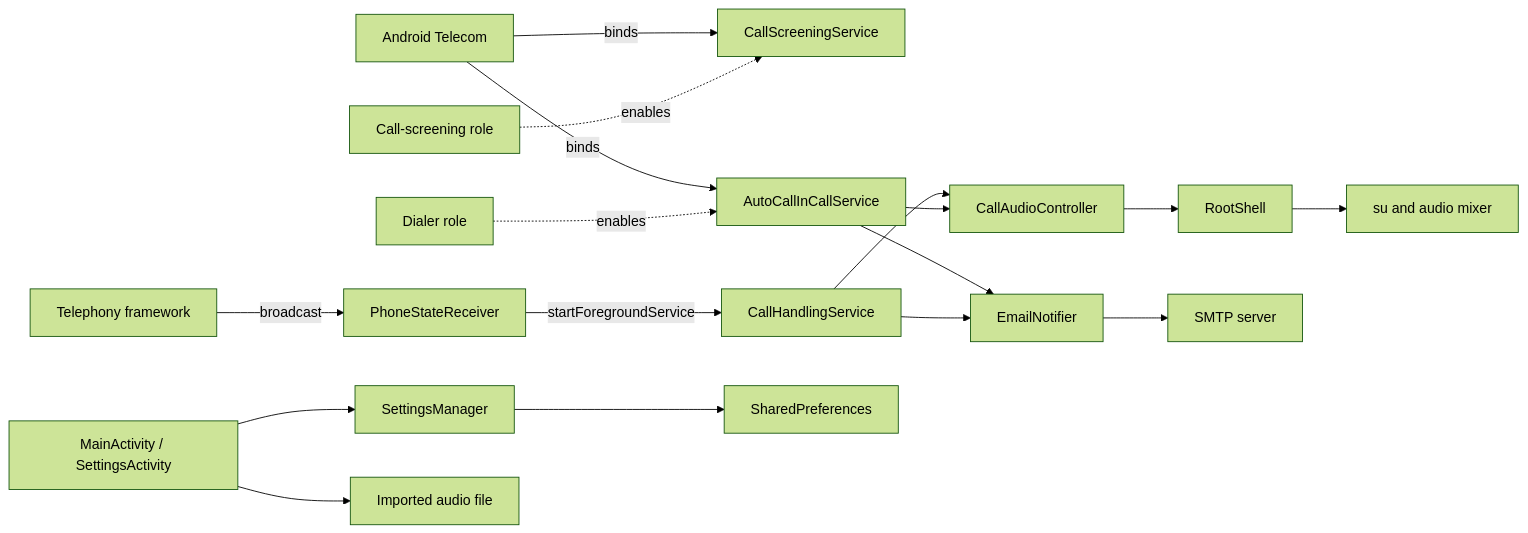
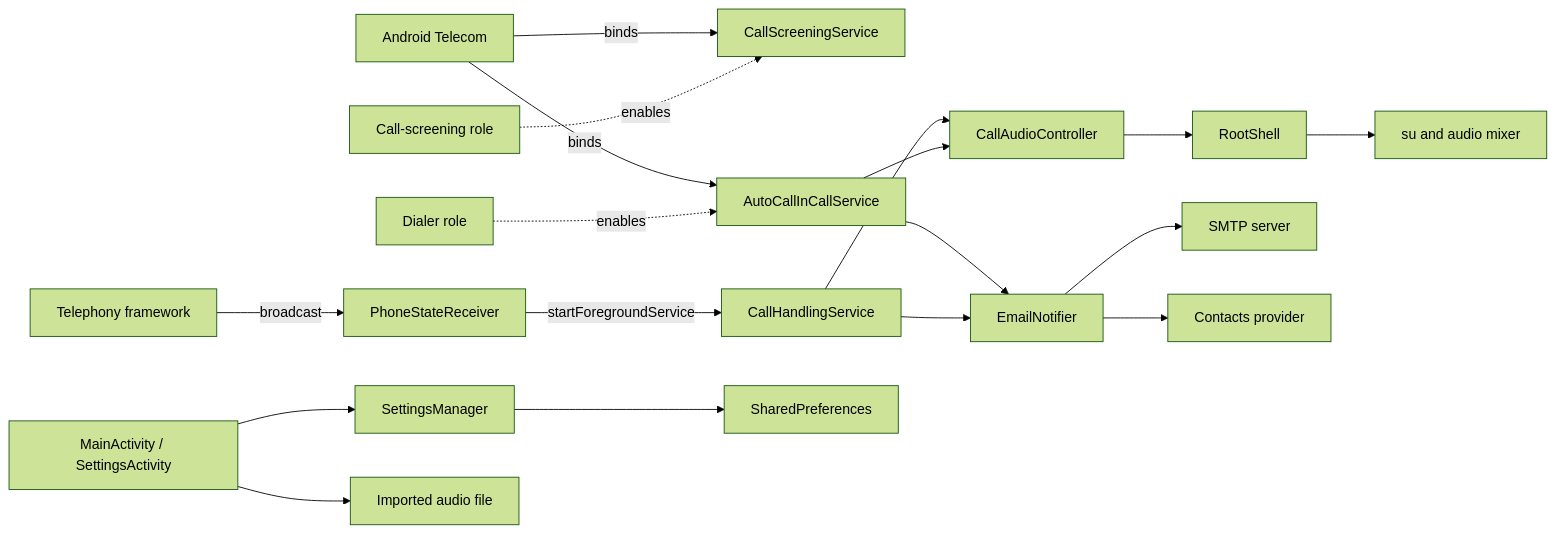
The diagram in docs/architecture.md (hmlendea/auto-call-responder), drawn with Mermaid (forest theme) before and after one commit. The commit also changed other lines of this file and 25 other files, not shown here.

````diff
--- a/docs/architecture.md
+++ b/docs/architecture.md
@@ -9,19 +9,20 @@
 ```mermaid
 flowchart LR
     Telecom["Android Telecom"] -->|binds| Screening["CallScreeningService"]
     Telecom -->|binds| InCall["AutoCallInCallService"]
     Telephony["Telephony framework"] -->|broadcast| Phone["PhoneStateReceiver"]
     Phone -->|startForegroundService| Handling["CallHandlingService"]
     Screen["Dialer role"] -.->|enables| InCall
     ScreeningRole["Call-screening role"] -.->|enables| Screening
     Handling --> Audio["CallAudioController"]
     InCall --> Audio
     InCall --> Mailer["EmailNotifier"]
     Handling --> Mailer
     Audio --> Root["RootShell"]
     Mailer --> SMTP["SMTP server"]
+    Mailer --> Contacts["Contacts provider"]
     Root --> Mixer["su and audio mixer"]
     UI["MainActivity / SettingsActivity"] --> Store["SettingsManager"]
     Store --> Prefs["SharedPreferences"]
     UI --> Files["Imported audio file"]
 ```
````
